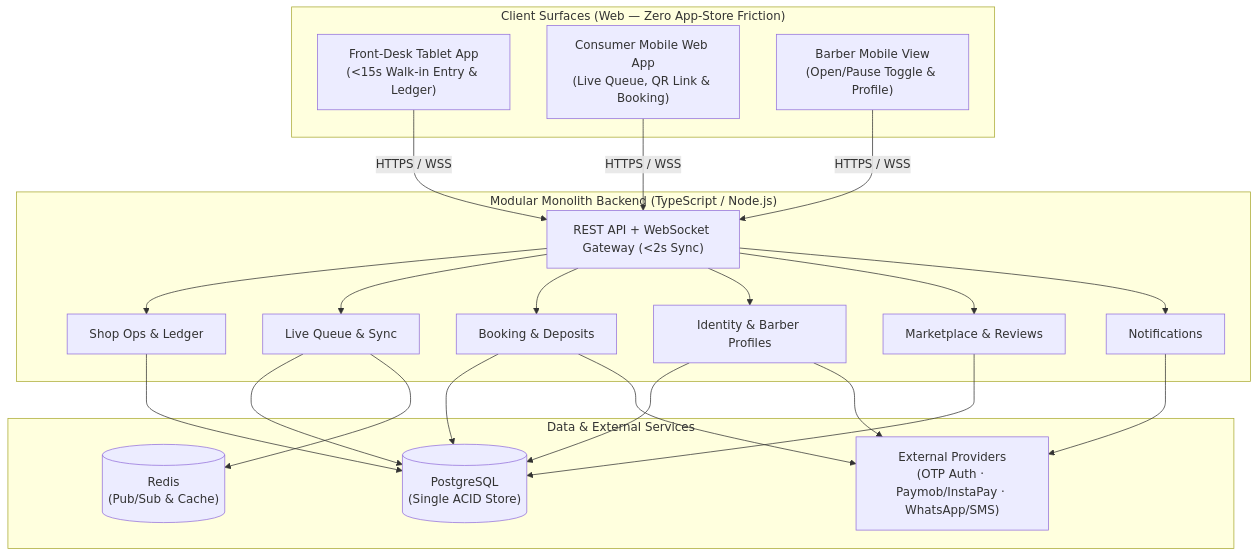
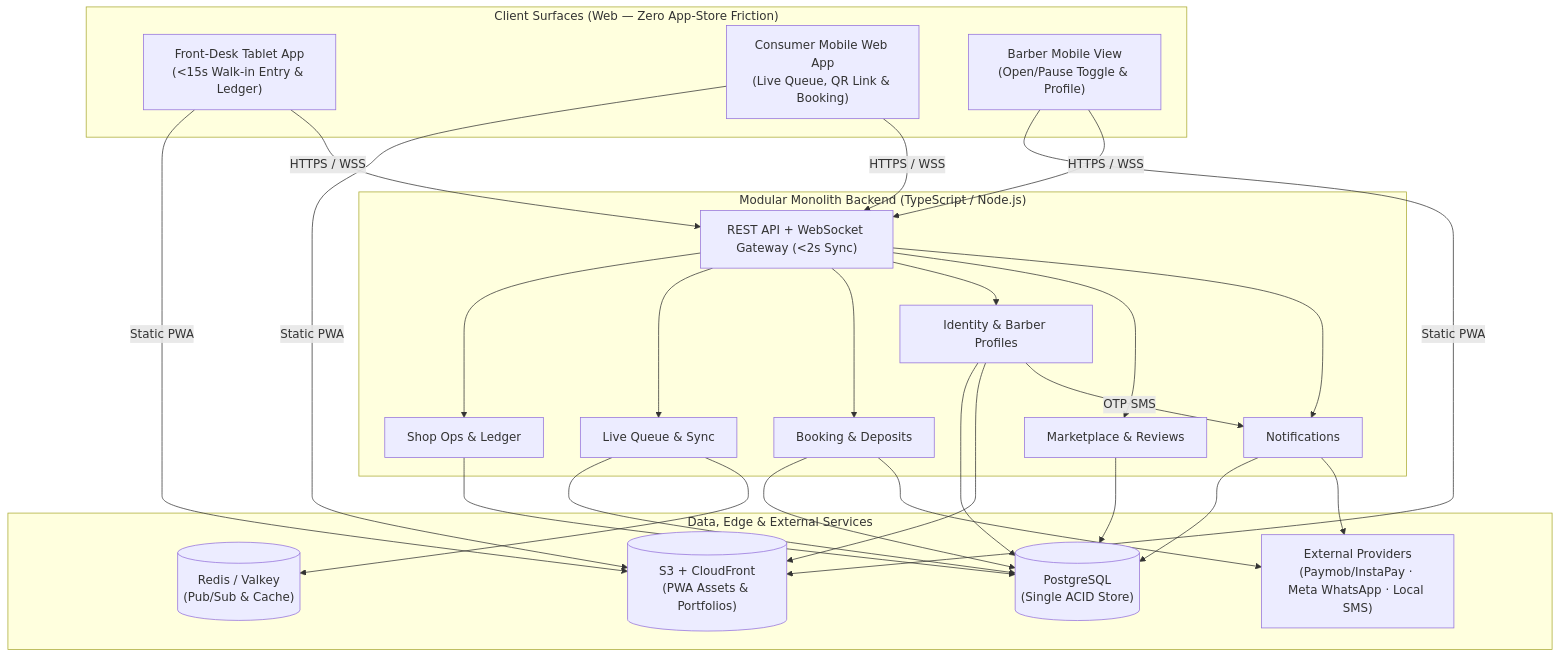
Before and after one commit to Abdel-RahmanIII/BOS: the diagram in Milestone 2/Milestone 2.md, drawn with Mermaid. The commit also changed other lines of this file, not shown here.

````diff
--- a/Milestone 2/Milestone 2.md
+++ b/Milestone 2/Milestone 2.md
@@ -20,30 +20,34 @@
 ```mermaid
 flowchart TB
     subgraph Clients["Client Surfaces (Web — Zero App-Store Friction)"]
         T["Front-Desk Tablet App<br/>(<15s Walk-in Entry & Ledger)"]
         C["Consumer Mobile Web App<br/>(Live Queue, QR Link & Booking)"]
         B["Barber Mobile View<br/>(Open/Pause Toggle & Profile)"]
     end
 
     subgraph Monolith["Modular Monolith Backend (TypeScript / Node.js)"]
         API["REST API + WebSocket Gateway (<2s Sync)"]
         M1["Shop Ops & Ledger"]
         M2["Live Queue & Sync"]
         M3["Booking & Deposits"]
         M4["Identity & Barber Profiles"]
         M5["Marketplace & Reviews"]
         M6["Notifications"]
         API --> M1 & M2 & M3 & M4 & M5 & M6
     end
 
-    subgraph Data["Data & External Services"]
+    subgraph Data["Data, Edge & External Services"]
         DB[("PostgreSQL<br/>(Single ACID Store)")]
-        RD[("Redis<br/>(Pub/Sub & Cache)")]
-        EXT["External Providers<br/>(OTP Auth · Paymob/InstaPay · WhatsApp/SMS)"]
+        RD[("Redis / Valkey<br/>(Pub/Sub & Cache)")]
+        ST[("S3 + CloudFront<br/>(PWA Assets & Portfolios)")]
+        EXT["External Providers<br/>(Paymob/InstaPay · Meta WhatsApp · Local SMS)"]
     end
 
+    T & C & B -->|Static PWA| ST
     T & C & B -->|HTTPS / WSS| API
-    M1 & M2 & M3 & M4 & M5 --> DB
+    M1 & M2 & M3 & M4 & M5 & M6 --> DB
     M2 --> RD
-    M3 & M4 & M6 --> EXT
+    M4 --> ST
+    M4 -->|OTP SMS| M6
+    M3 & M6 --> EXT
 ```
````
